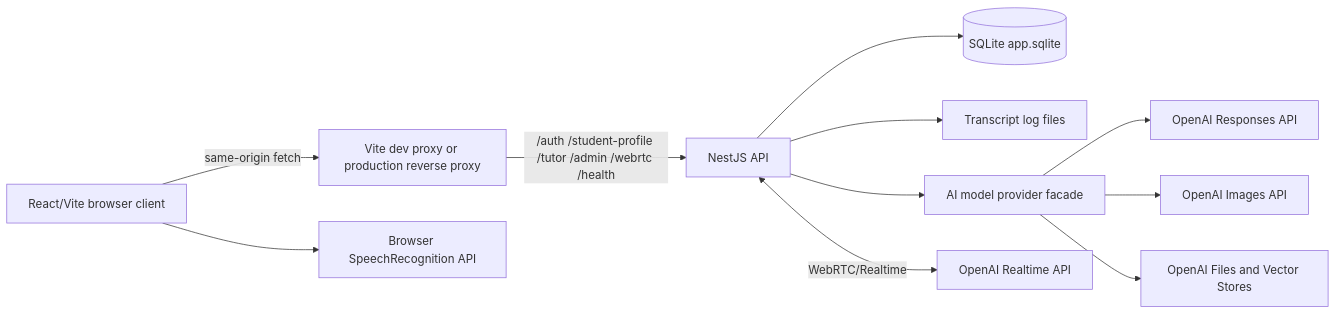
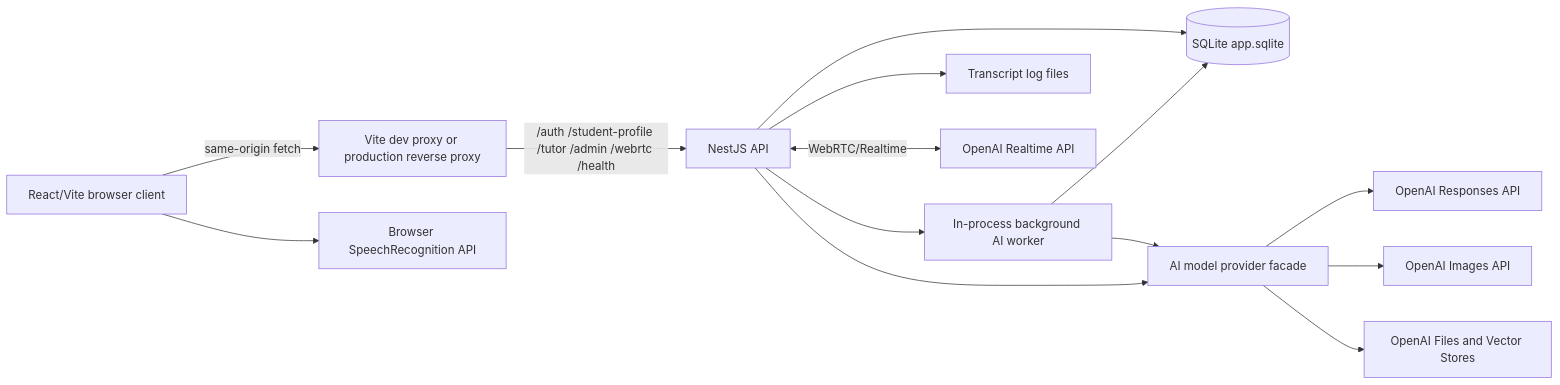
Before and after one commit to atvardovsky/EGMathTeacher: the diagram in .ai/project/architecture.md, drawn with Mermaid. The commit also changed other lines of this file and 34 other files, not shown here.

````diff
--- a/.ai/project/architecture.md
+++ b/.ai/project/architecture.md
@@ -40,13 +43,16 @@
 ```mermaid
 flowchart LR
   Browser[React/Vite browser client] -->|same-origin fetch| WebHost[Vite dev proxy or production reverse proxy]
   WebHost -->|/auth /student-profile /tutor /admin /webrtc /health| API[NestJS API]
   API --> SQLite[(SQLite app.sqlite)]
+  API --> BackgroundJobs[In-process background AI worker]
+  BackgroundJobs --> SQLite
+  BackgroundJobs --> ModelProvider
   API --> Logs[Transcript log files]
   API --> ModelProvider[AI model provider facade]
   ModelProvider --> OpenAIResponses[OpenAI Responses API]
   ModelProvider --> OpenAIImages[OpenAI Images API]
   ModelProvider --> OpenAIFiles[OpenAI Files and Vector Stores]
   API <-->|WebRTC/Realtime| OpenAIRealtime[OpenAI Realtime API]
   Browser --> Speech[Browser SpeechRecognition API]
 ```
````
